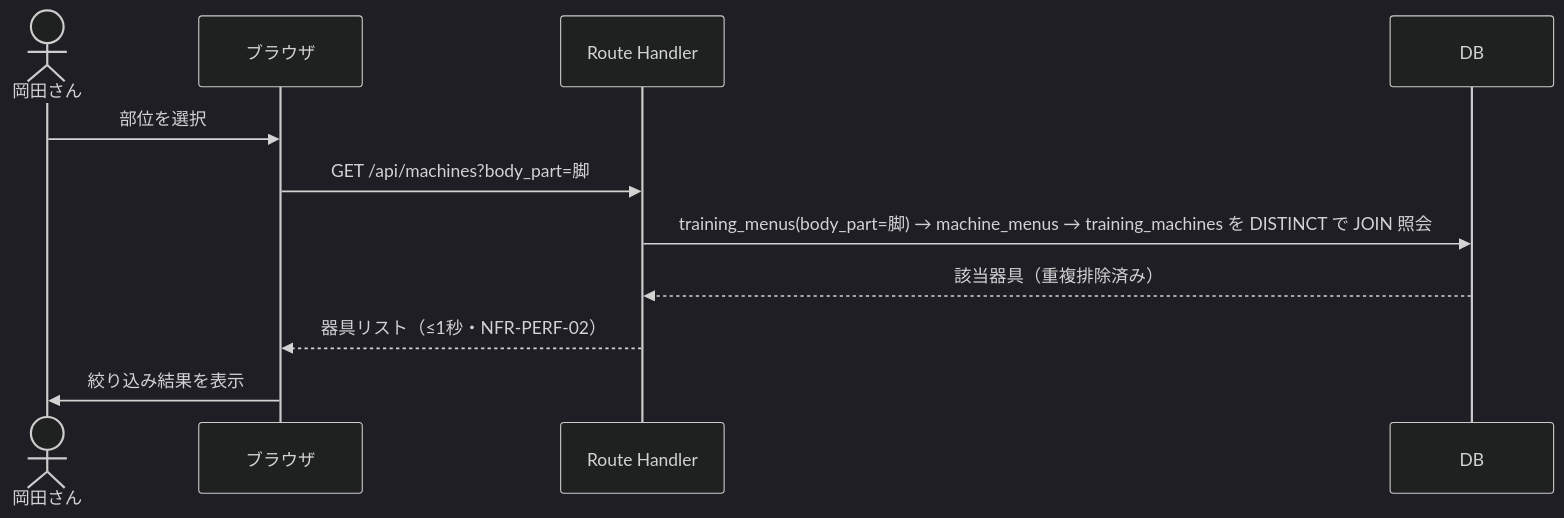
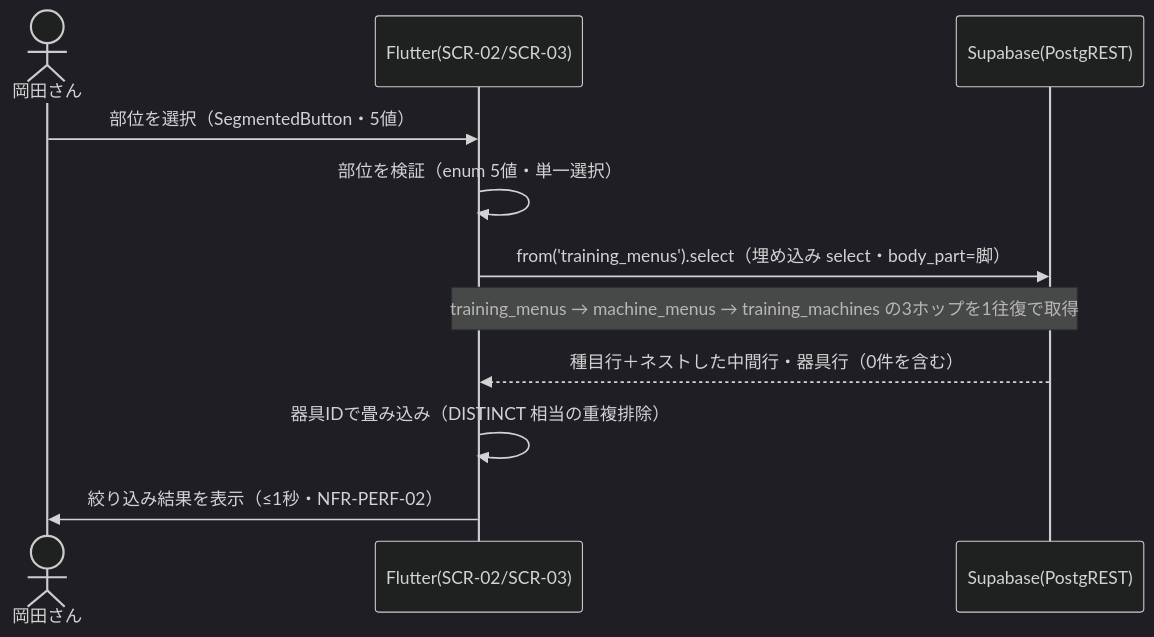
The fourth of 5 diagrams in docs/02_設計/40_機能設計/01_シーケンス設計.md (k-okada51/okada-fit), drawn with Mermaid (dark theme) before and after one commit. The commit also changed other lines of this file and 37 other files, not shown here.

````diff
--- a/docs/02_設計/40_機能設計/01_シーケンス設計.md
+++ b/docs/02_設計/40_機能設計/01_シーケンス設計.md
@@ -110,13 +119,13 @@
 ```mermaid
 sequenceDiagram
   actor U as 岡田さん
-  participant B as ブラウザ
-  participant S as Route Handler
-  participant D as DB
-  U->>B: 部位を選択
-  B->>S: GET /api/machines?body_part=脚
-  S->>D: training_menus(body_part=脚) → machine_menus → training_machines を DISTINCT で JOIN 照会
-  D-->>S: 該当器具（重複排除済み）
-  S-->>B: 器具リスト（≤1秒・NFR-PERF-02）
-  B->>U: 絞り込み結果を表示
+  participant F as Flutter(SCR-02/SCR-03)
+  participant P as Supabase(PostgREST)
+  U->>F: 部位を選択（SegmentedButton・5値）
+  F->>F: 部位を検証（enum 5値・単一選択）
+  F->>P: from('training_menus').select（埋め込み select・body_part=脚）
+  Note over F,P: training_menus → machine_menus → training_machines の3ホップを1往復で取得
+  P-->>F: 種目行＋ネストした中間行・器具行（0件を含む）
+  F->>F: 器具IDで畳み込み（DISTINCT 相当の重複排除）
+  F->>U: 絞り込み結果を表示（≤1秒・NFR-PERF-02）
 ```
````
